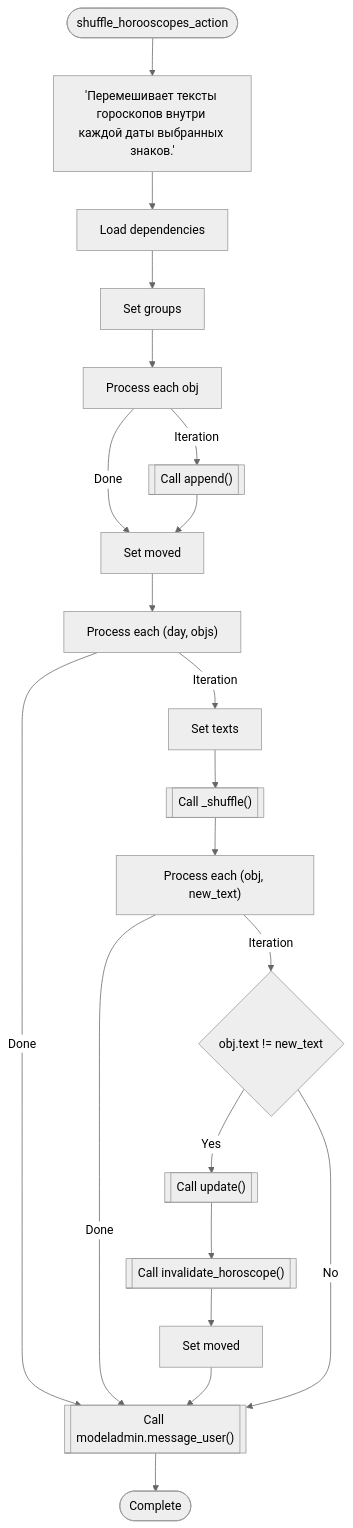
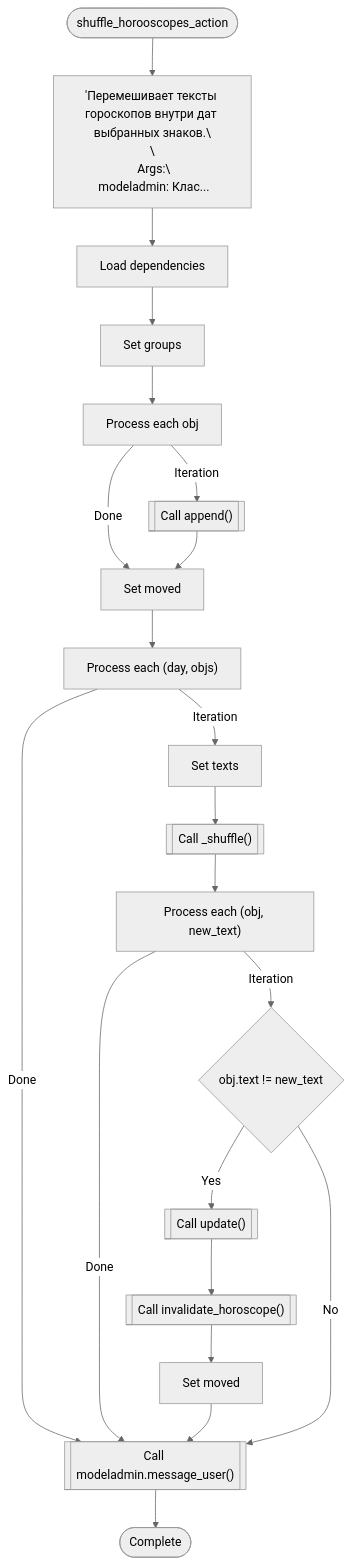
One commit to ihrusl05-rgb/Factoscope changed the eighth of 59 diagrams in codedebrief-out/codedebrief.md. Above: the diagram before and after it, drawn with Mermaid (neutral theme). The commit also changed other lines of this file and 20 other files, not shown here.

````diff
--- a/codedebrief-out/codedebrief.md
+++ b/codedebrief-out/codedebrief.md
@@ -271,40 +279,40 @@
 ```mermaid
 flowchart TD
   mflow_030130acebd23fa5_n1(["shuffle_horooscopes_action"])
-  mflow_030130acebd23fa5_n2["'Перемешивает тексты гороскопов внутри каждой даты выбранных знаков.'"]
+  mflow_030130acebd23fa5_n2["'Перемешивает тексты гороскопов внутри дат выбранных знаков.\\n\\n Args:\\n modeladmin: Клас..."]
   mflow_030130acebd23fa5_n3["Load dependencies"]
   mflow_030130acebd23fa5_n4["Set groups"]
   mflow_030130acebd23fa5_n5["Process each obj"]
   mflow_030130acebd23fa5_n6[["Call append()"]]
   mflow_030130acebd23fa5_n7["Set moved"]
   mflow_030130acebd23fa5_n8["Process each (day, objs)"]
   mflow_030130acebd23fa5_n9["Set texts"]
   mflow_030130acebd23fa5_n10[["Call _shuffle()"]]
   mflow_030130acebd23fa5_n11["Process each (obj, new_text)"]
   mflow_030130acebd23fa5_n12{"obj.text != new_text"}
   mflow_030130acebd23fa5_n13[["Call update()"]]
   mflow_030130acebd23fa5_n14[["Call invalidate_horoscope()"]]
   mflow_030130acebd23fa5_n15["Set moved"]
   mflow_030130acebd23fa5_n16[["Call modeladmin.message_user()"]]
   mflow_030130acebd23fa5_n17(["Complete"])
   mflow_030130acebd23fa5_n1 --> mflow_030130acebd23fa5_n2
   mflow_030130acebd23fa5_n2 --> mflow_030130acebd23fa5_n3
   mflow_030130acebd23fa5_n3 --> mflow_030130acebd23fa5_n4
   mflow_030130acebd23fa5_n4 --> mflow_030130acebd23fa5_n5
   mflow_030130acebd23fa5_n5 -->|"Iteration"| mflow_030130acebd23fa5_n6
   mflow_030130acebd23fa5_n5 -->|"Done"| mflow_030130acebd23fa5_n7
   mflow_030130acebd23fa5_n6 --> mflow_030130acebd23fa5_n7
   mflow_030130acebd23fa5_n7 --> mflow_030130acebd23fa5_n8
   mflow_030130acebd23fa5_n8 -->|"Iteration"| mflow_030130acebd23fa5_n9
   mflow_030130acebd23fa5_n9 --> mflow_030130acebd23fa5_n10
   mflow_030130acebd23fa5_n10 --> mflow_030130acebd23fa5_n11
   mflow_030130acebd23fa5_n11 -->|"Iteration"| mflow_030130acebd23fa5_n12
   mflow_030130acebd23fa5_n12 -->|"Yes"| mflow_030130acebd23fa5_n13
   mflow_030130acebd23fa5_n13 --> mflow_030130acebd23fa5_n14
   mflow_030130acebd23fa5_n14 --> mflow_030130acebd23fa5_n15
   mflow_030130acebd23fa5_n8 -->|"Done"| mflow_030130acebd23fa5_n16
   mflow_030130acebd23fa5_n11 -->|"Done"| mflow_030130acebd23fa5_n16
   mflow_030130acebd23fa5_n15 --> mflow_030130acebd23fa5_n16
   mflow_030130acebd23fa5_n12 -->|"No"| mflow_030130acebd23fa5_n16
   mflow_030130acebd23fa5_n16 --> mflow_030130acebd23fa5_n17
 ```
````
